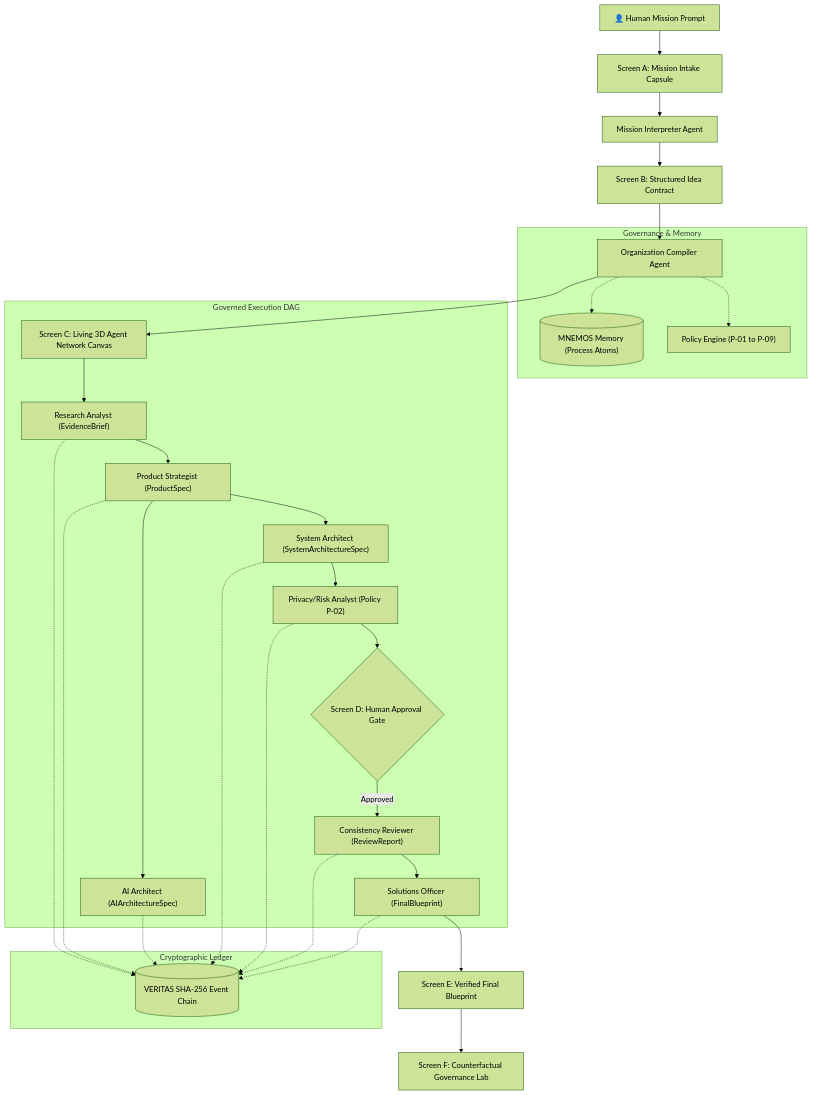
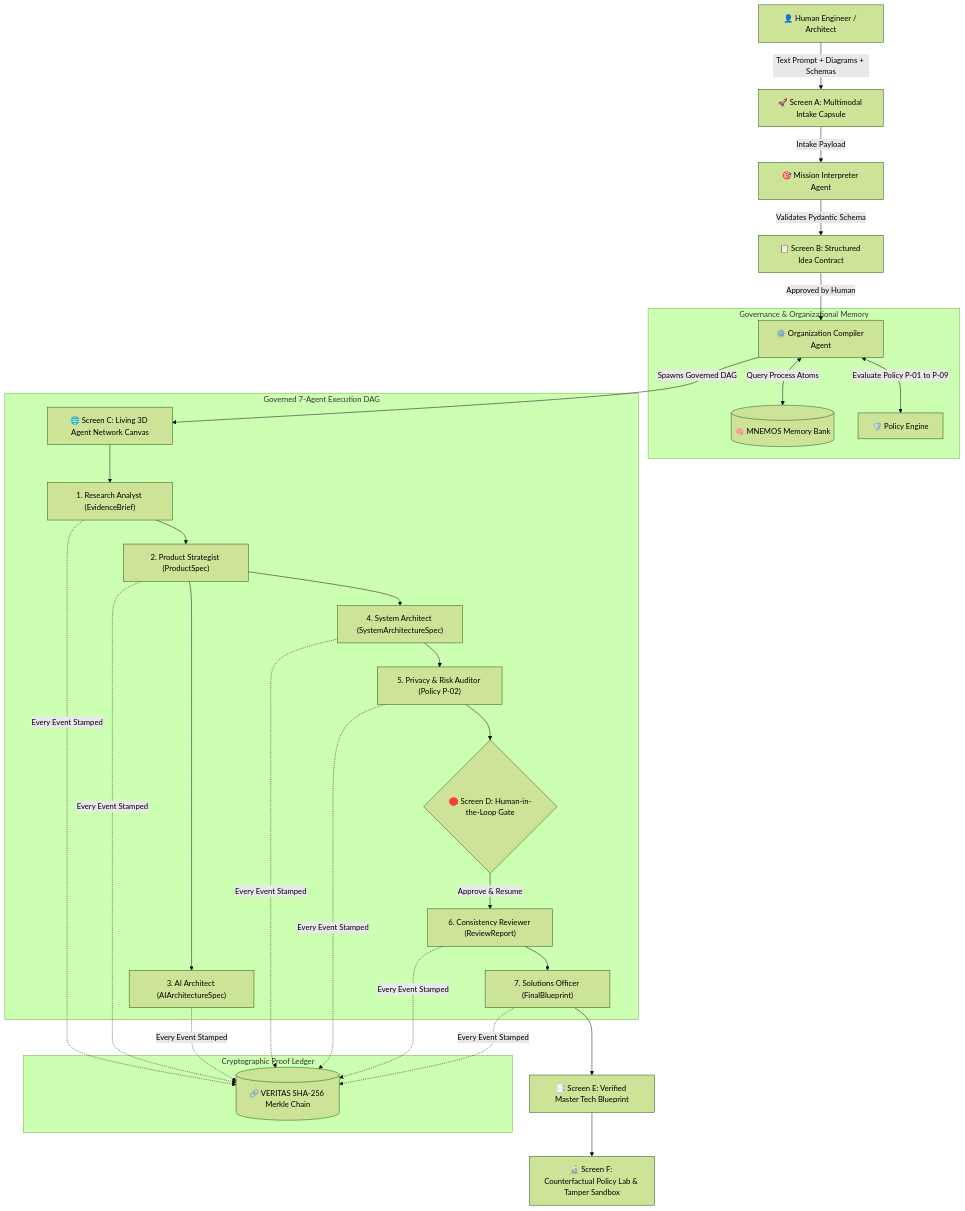
Before and after one commit to aasish3187/Organisational-Agent: the diagram in README.md, drawn with Mermaid (forest theme). The commit also changed other lines of this file and 1 other file, not shown here.

Commit message:
docs: add comprehensive production-grade documentation, badges, architecture diagrams, and MIT license

````diff
--- a/README.md
+++ b/README.md
@@ -16,33 +103,33 @@
 ```mermaid
 graph TD
-    Human["👤 Human Mission Prompt"] --> ScreenA["Screen A: Mission Intake Capsule"]
-    ScreenA --> Interpreter["Mission Interpreter Agent"]
-    Interpreter --> ScreenB["Screen B: Structured Idea Contract"]
-    ScreenB --> Compiler["Organization Compiler Agent"]
+    User["👤 Human Engineer / Architect"] -->|Text Prompt + Diagrams + Schemas| Intake["🚀 Screen A: Multimodal Intake Capsule"]
+    Intake -->|Intake Payload| Interpreter["🎯 Mission Interpreter Agent"]
     
-    subgraph Governance & Memory
-        Compiler -.-> MNEMOS[("MNEMOS Memory (Process Atoms)")]
-        Compiler -.-> PolicyEngine["Policy Engine (P-01 to P-09)"]
+    Interpreter -->|Validates Pydantic Schema| Contract["📋 Screen B: Structured Idea Contract"]
+    Contract -->|Approved by Human| Compiler["⚙️ Organization Compiler Agent"]
+    
+    subgraph Governance & Organizational Memory
+        Compiler <-->|Query Process Atoms| MNEMOS[("🧠 MNEMOS Memory Bank")]
+        Compiler <-->|Evaluate Policy P-01 to P-09| PolicyEngine["🛡️ Policy Engine"]
     end
     
-    Compiler --> ScreenC["Screen C: Living 3D Agent Network Canvas"]
+    Compiler -->|Spawns Governed DAG| Canvas["🌐 Screen C: Living 3D Agent Network Canvas"]
     
-    subgraph Governed Execution DAG
-        ScreenC --> Research["Research Analyst (EvidenceBrief)"]
-        Research --> Product["Product Strategist (ProductSpec)"]
-        Product --> AIArch["AI Architect (AIArchitectureSpec)"]
-        Product --> SysArch["System Architect (SystemArchitectureSpec)"]
-        SysArch --> Privacy["Privacy/Risk Analyst (Policy P-02)"]
-        Privacy --> ScreenD{"Screen D: Human Approval Gate"}
-        ScreenD -- "Approved" --> Reviewer["Consistency Reviewer (ReviewReport)"]
-        Reviewer --> Solutions["Solutions Officer (FinalBlueprint)"]
+    subgraph Governed 7-Agent Execution DAG
+        Canvas --> Ag1["1. Research Analyst (EvidenceBrief)"]
+        Ag1 --> Ag2["2. Product Strategist (ProductSpec)"]
+        Ag2 --> Ag3["3. AI Architect (AIArchitectureSpec)"]
+        Ag2 --> Ag4["4. System Architect (SystemArchitectureSpec)"]
+        Ag4 --> Ag5["5. Privacy & Risk Auditor (Policy P-02)"]
+        Ag5 --> Gate{"🛑 Screen D: Human-in-the-Loop Gate"}
+        Gate -- "Approve & Resume" --> Ag6["6. Consistency Reviewer (ReviewReport)"]
+        Ag6 --> Ag7["7. Solutions Officer (FinalBlueprint)"]
     end
     
-    Solutions --> ScreenE["Screen E: Verified Final Blueprint"]
-    
-    subgraph Cryptographic Ledger
-        Research & Product & AIArch & SysArch & Privacy & Reviewer & Solutions -.-> VERITAS[("VERITAS SHA-256 Event Chain")]
+    subgraph Cryptographic Proof Ledger
+        Ag1 & Ag2 & Ag3 & Ag4 & Ag5 & Ag6 & Ag7 -.->|Every Event Stamped| VERITAS[("🔗 VERITAS SHA-256 Merkle Chain")]
     end
     
-    ScreenE --> ScreenF["Screen F: Counterfactual Governance Lab"]
+    Ag7 --> Blueprint["📑 Screen E: Verified Master Tech Blueprint"]
+    Blueprint --> Lab["🔬 Screen F: Counterfactual Policy Lab & Tamper Sandbox"]
 ```
````
